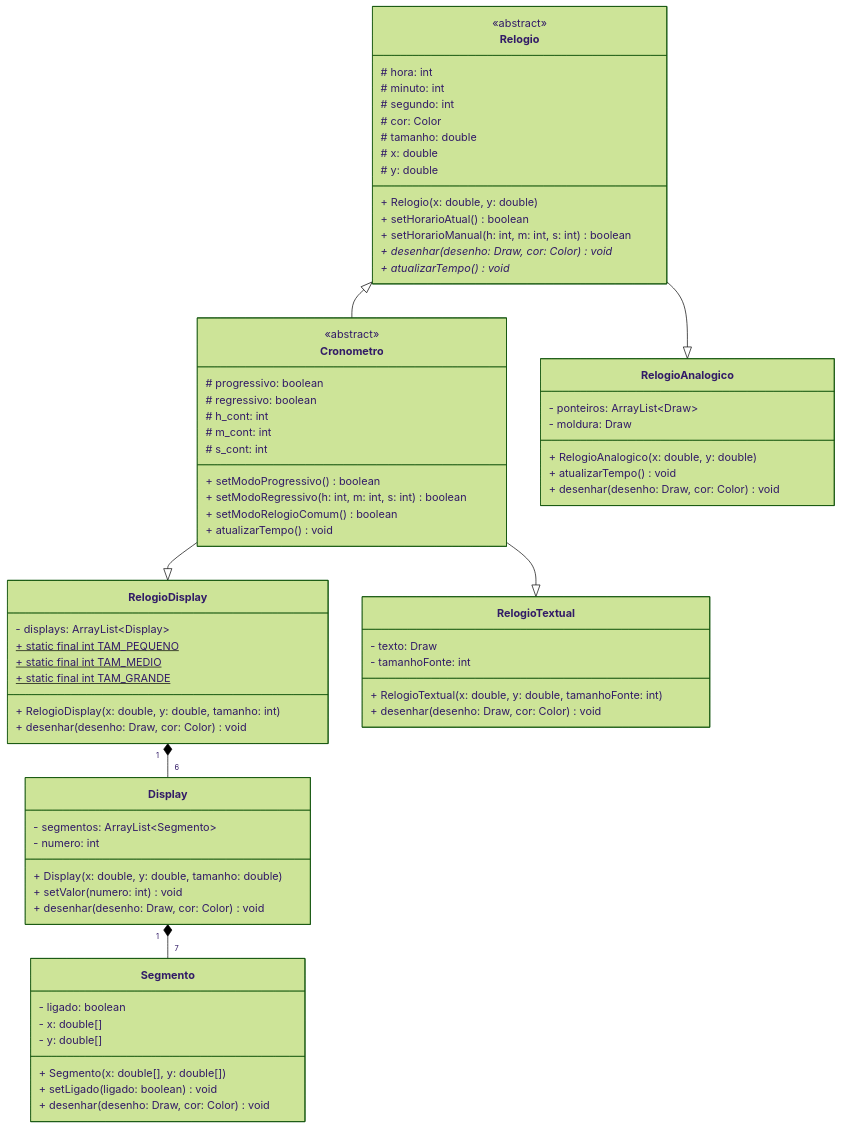
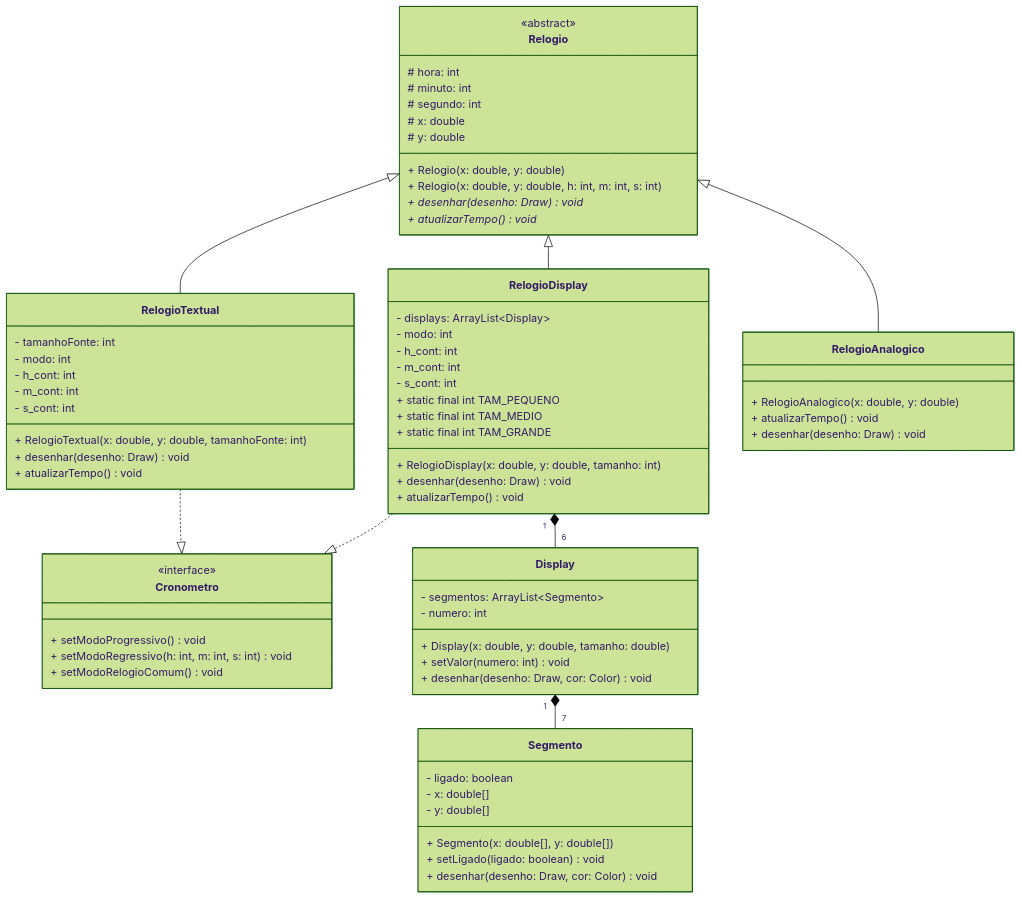
The diagram in lab_06/README.md (sfvini/POO), drawn with Mermaid (forest theme) before and after one commit. The commit also changed 6 other files, not shown here.

Commit message:
UML refeito

````diff
--- a/lab_06/README.md
+++ b/lab_06/README.md
@@ -1,81 +1,79 @@
 ```mermaid
 classDiagram
-    direction TB
-
-    Cronometro --|> RelogioDisplay
-    Cronometro --|> RelogioTextual
-    Relogio --|> RelogioAnalogico
+    
+    RelogioDisplay ..|> Cronometro
+    RelogioTextual ..|> Cronometro
+    
+    Relogio <|-- RelogioAnalogico
+    Relogio <|-- RelogioDisplay
+    Relogio <|-- RelogioTextual
 
     RelogioDisplay "1" *-- "6" Display
     Display "1" *-- "7" Segmento
-
-    Relogio <|-- Cronometro
 
     class Relogio {
         <<abstract>>
         # hora: int
         # minuto: int
         # segundo: int
-        # cor: Color
-        # tamanho: double
         # x: double
         # y: double
         + Relogio(x: double, y: double)
-        + setHorarioAtual() boolean
-        + setHorarioManual(h: int, m: int, s: int) boolean 
-        + desenhar(desenho: Draw, cor: Color)* void
+        + Relogio(x: double, y: double, h: int, m: int, s: int)
+        + desenhar(desenho: Draw)* void
         + atualizarTempo()* void
     }
 
     class Cronometro {
-        <<abstract>>
-        # progressivo: boolean 
-        # regressivo: boolean 
-        # h_cont: int 
-        # m_cont: int 
-        # s_cont: int
-        + setModoProgressivo() boolean
-        + setModoRegressivo(h: int, m: int, s: int) boolean
-        + setModoRelogioComum() boolean 
+        <<interface>>
+        + setModoProgressivo() void
+        + setModoRegressivo(h: int, m: int, s: int) void
+        + setModoRelogioComum() void
+    }
+
+    class RelogioDisplay {
+        - displays: ArrayList~Display~
+        - modo: int
+        - h_cont: int
+        - m_cont: int
+        - s_cont: int
+        + static final int TAM_PEQUENO
+        + static final int TAM_MEDIO
+        + static final int TAM_GRANDE
+        + RelogioDisplay(x: double, y: double, tamanho: int)
+        + desenhar(desenho: Draw) void
         + atualizarTempo() void
     }
 
-    class RelogioDisplay {
-        - displays: ArrayList~Display~ 
-        + static final int TAM_PEQUENO$
-        + static final int TAM_MEDIO$
-        + static final int TAM_GRANDE$
-        + RelogioDisplay(x: double, y: double, tamanho: int) 
-        + desenhar(desenho: Draw, cor: Color) void
-    }
-
     class RelogioTextual {
-        - texto: Draw 
         - tamanhoFonte: int
-        + RelogioTextual(x: double, y: double, tamanhoFonte: int) 
-        + desenhar(desenho: Draw, cor: Color) void
+        - modo: int
+        - h_cont: int
+        - m_cont: int
+        - s_cont: int
+        + RelogioTextual(x: double, y: double, tamanhoFonte: int)
+        + desenhar(desenho: Draw) void
+        + atualizarTempo() void
     }
 
     class RelogioAnalogico {
-        - ponteiros: ArrayList~Draw~ 
-        - moldura: Draw 
-        + RelogioAnalogico(x: double, y: double) 
+        + RelogioAnalogico(x: double, y: double)
         + atualizarTempo() void
-        + desenhar(desenho: Draw, cor: Color) void 
+        + desenhar(desenho: Draw) void
     }
 
     class Display {
         - segmentos: ArrayList~Segmento~
-        - numero: int 
-        + Display(x: double, y: double, tamanho: double) 
-        + setValor(numero: int) void 
+        - numero: int
+        + Display(x: double, y: double, tamanho: double)
+        + setValor(numero: int) void
         + desenhar(desenho: Draw, cor: Color) void
     }
 
     class Segmento {
-        - ligado: boolean 
+        - ligado: boolean
         - x: double[]
-        - y: double[] 
+        - y: double[]
         + Segmento(x: double[], y: double[])
         + setLigado(ligado: boolean) void
         + desenhar(desenho: Draw, cor: Color) void
````
